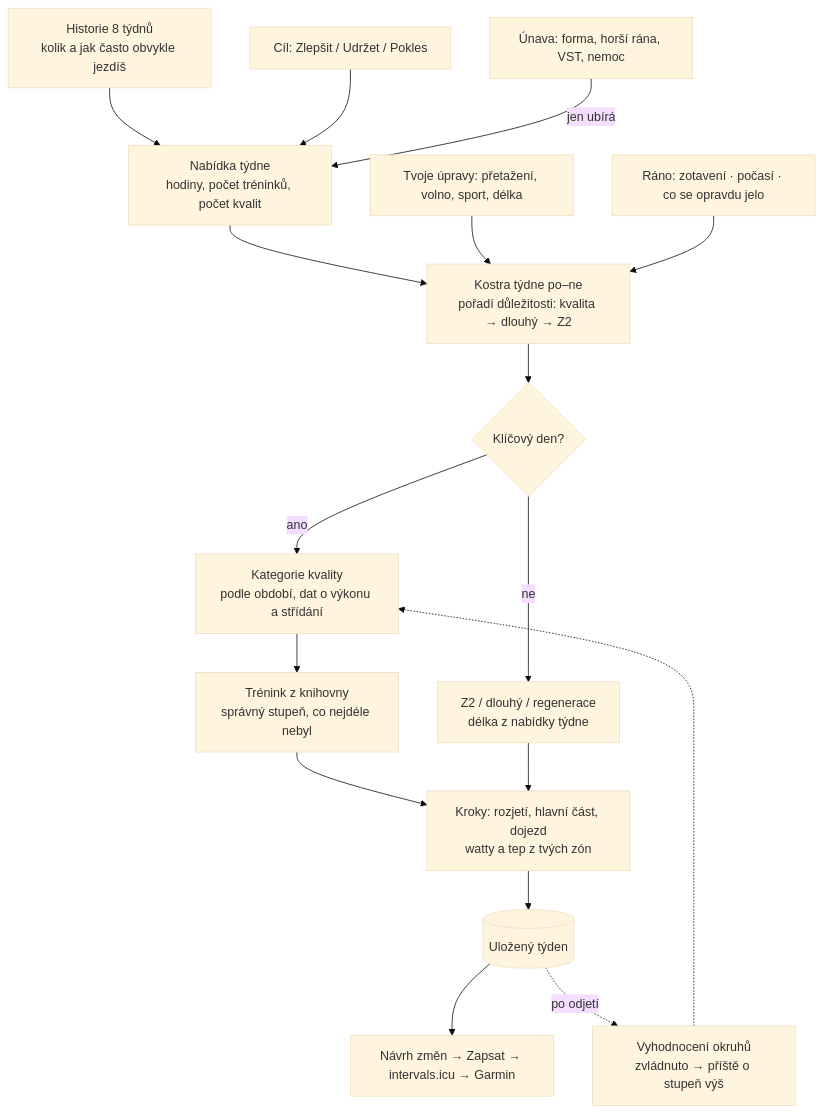
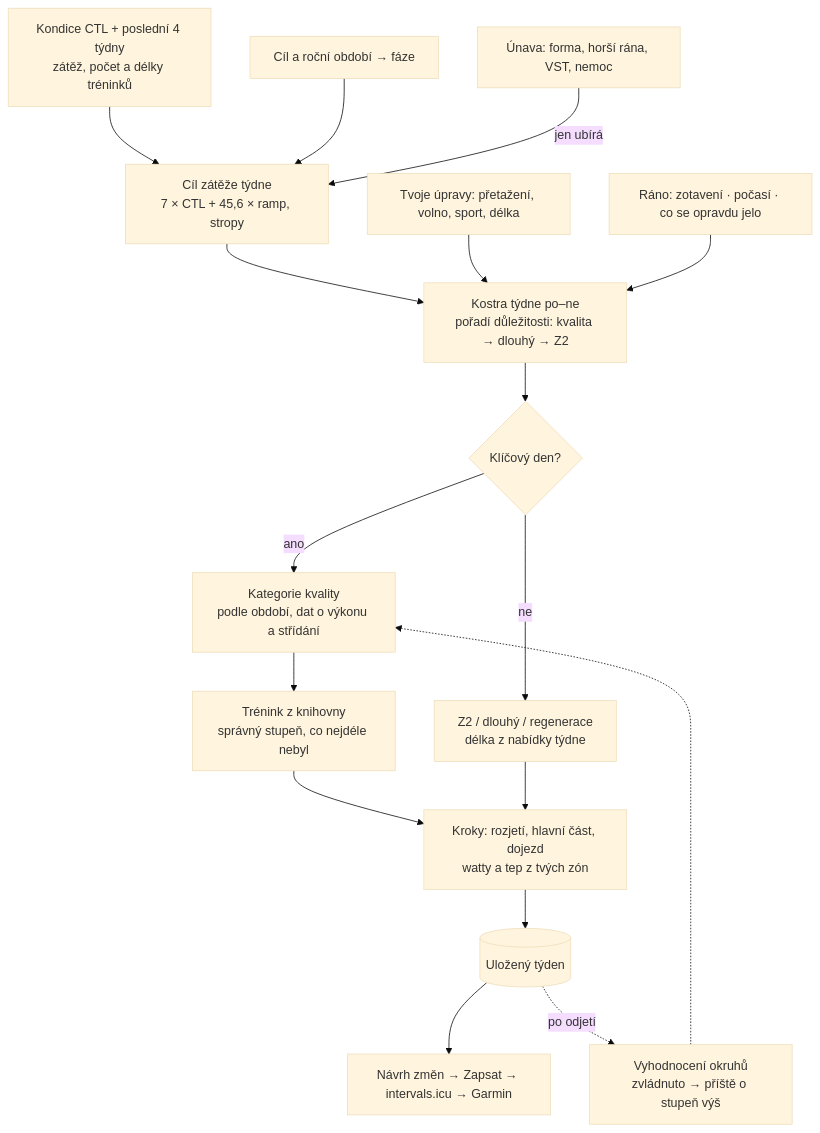
One commit to petrhriz/trener-app changed the diagram in docs/trener-v2/jak-funguje-trener-v2.md. Above: the diagram before and after it, drawn with Mermaid (base theme). The commit also changed other lines of this file and 11 other files, not shown here.

First line of the commit message:
Trenér v2: cíl zátěže z kondice (7 × CTL + 45,6 × ramp) se stropy podle posledních týdnů a délek jízd

````diff
--- a/docs/trener-v2/jak-funguje-trener-v2.md
+++ b/docs/trener-v2/jak-funguje-trener-v2.md
@@ -13,19 +13,19 @@
 ```mermaid
 flowchart TD
-  H[Historie 8 týdnů<br/>kolik a jak často obvykle jezdíš] --> N
-  G[Cíl: Zlepšit / Udržet / Pokles] --> N[Nabídka týdne<br/>hodiny, počet tréninků, počet kvalit]
+  H[Kondice CTL + poslední 4 týdny<br/>zátěž, počet a délky tréninků] --> N
+  G[Cíl a roční období → fáze] --> N[Cíl zátěže týdne<br/>7 × CTL + 45,6 × ramp, stropy]
   F[Únava: forma, horší rána, VST, nemoc] -->|jen ubírá| N
   N --> K[Kostra týdne po–ne<br/>pořadí důležitosti: kvalita → dlouhý → Z2]
   U[Tvoje úpravy: přetažení, volno, sport, délka] --> K
   R[Ráno: zotavení · počasí · co se opravdu jelo] --> K
   K --> Q{Klíčový den?}
   Q -->|ano| C[Kategorie kvality<br/>podle období, dat o výkonu a střídání]
   C --> L[Trénink z knihovny<br/>správný stupeň, co nejdéle nebyl]
   Q -->|ne| Z[Z2 / dlouhý / regenerace<br/>délka z nabídky týdne]
   L --> W[Kroky: rozjetí, hlavní část, dojezd<br/>watty a tep z tvých zón]
   Z --> W
   W --> S[(Uložený týden)]
   S --> P[Návrh změn → Zapsat → intervals.icu → Garmin]
   S -.po odjetí.-> E[Vyhodnocení okruhů<br/>zvládnuto → příště o stupeň výš]
   E -.-> C
 ```
````
